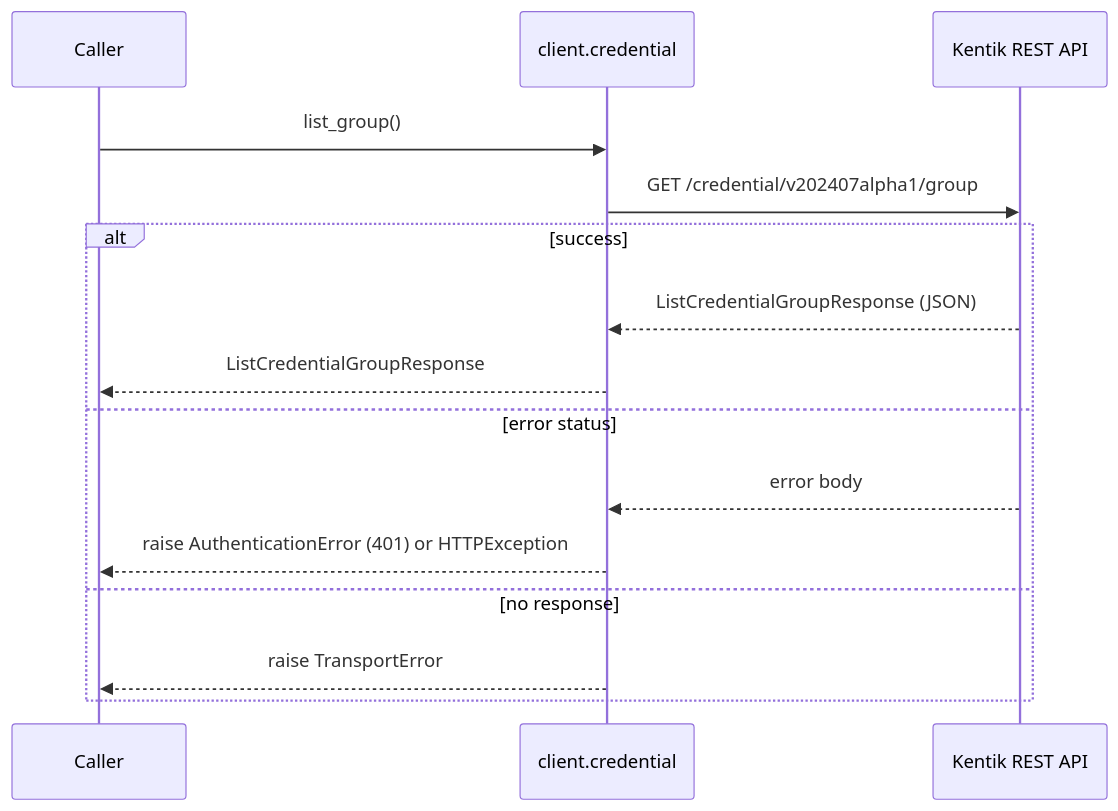
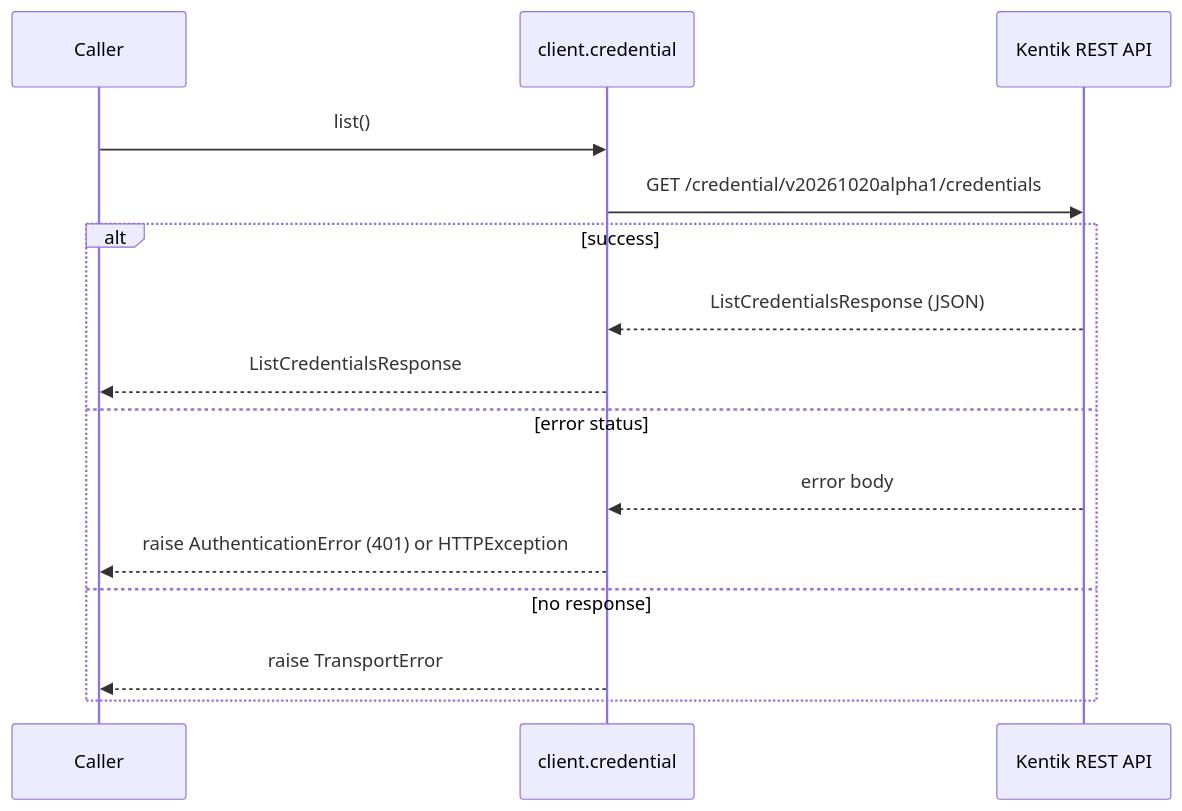
One commit to alexdearaujo/community_sdk_python changed the second of 22 diagrams in docs/sphinx/services/credential.md. Above: the diagram before and after it, drawn with Mermaid. The commit also changed other lines of this file and 56 other files, not shown here.

Commit message:
chore: sync schema, credential API v20261020alpha1

````diff
--- a/docs/sphinx/services/credential.md
+++ b/docs/sphinx/services/credential.md
@@ -38,18 +38,18 @@
 ```mermaid
 sequenceDiagram
     participant C as Caller
     participant W as client.credential
     participant API as Kentik REST API
 
-    C->>W: list_group()
-    W->>API: GET /credential/v202407alpha1/group
+    C->>W: list()
+    W->>API: GET /credential/v20261020alpha1/credentials
     alt success
-        API-->>W: ListCredentialGroupResponse (JSON)
-        W-->>C: ListCredentialGroupResponse
+        API-->>W: ListCredentialsResponse (JSON)
+        W-->>C: ListCredentialsResponse
     else error status
         API-->>W: error body
         W-->>C: raise AuthenticationError (401) or HTTPException
     else no response
         W-->>C: raise TransportError
     end
 ```
````
